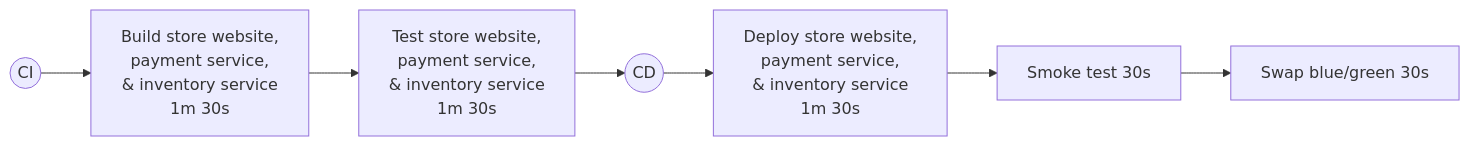
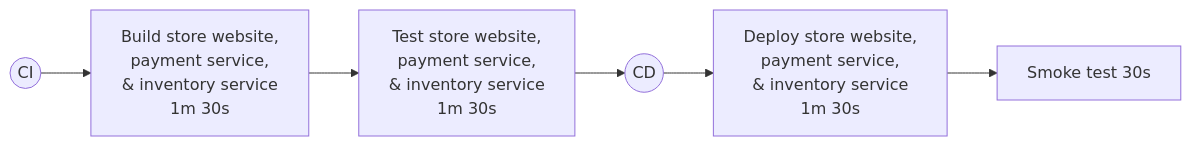
Before and after one commit to samsmithnz/ParallelPipelinesDemo: the first of 2 diagrams in README.md, drawn with Mermaid. The commit also changed other lines of this file, not shown here.

````diff
--- a/README.md
+++ b/README.md
@@ -5,5 +5,5 @@
 ```mermaid
   graph LR;
       ci((CI))-->buildAll[Build store website, <br/>payment service, <br/>& inventory service <br/>1m 30s]-->testAll[Test store website, <br/>payment service, <br/>& inventory service <br/>1m 30s]-->cd((CD));
-      cd((CD))-->deployAll[Deploy store website, <br/>payment service, <br/>& inventory service <br/>1m 30s]-->smoke[Smoke test 30s]-->swap[Swap blue/green 30s];
+      cd((CD))-->deployAll[Deploy store website, <br/>payment service, <br/>& inventory service <br/>1m 30s]-->smoke[Smoke test 30s];
 ```
````
